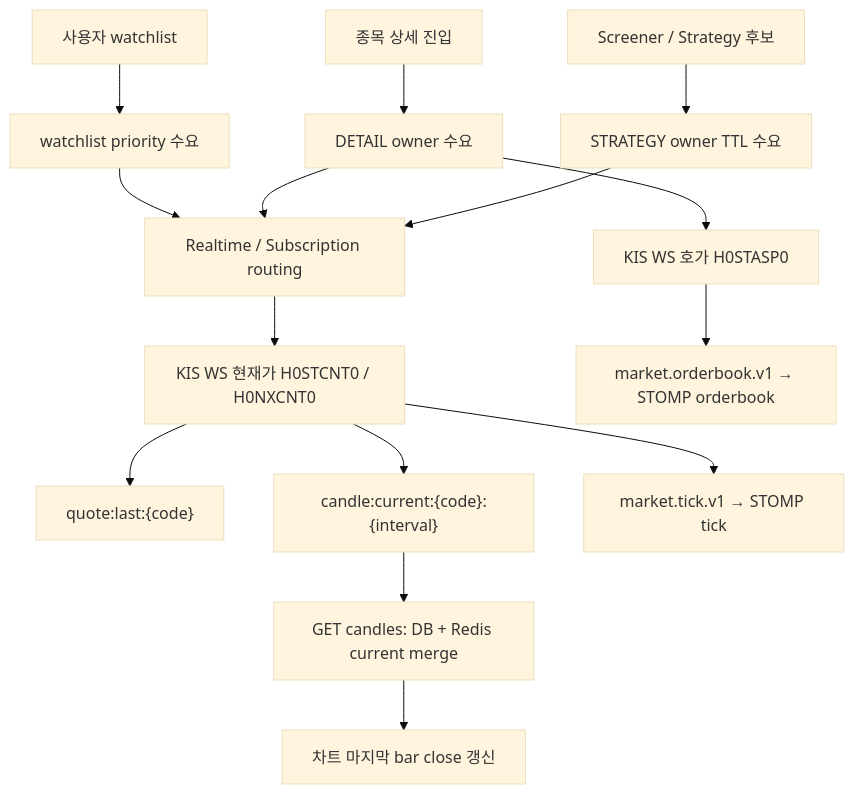
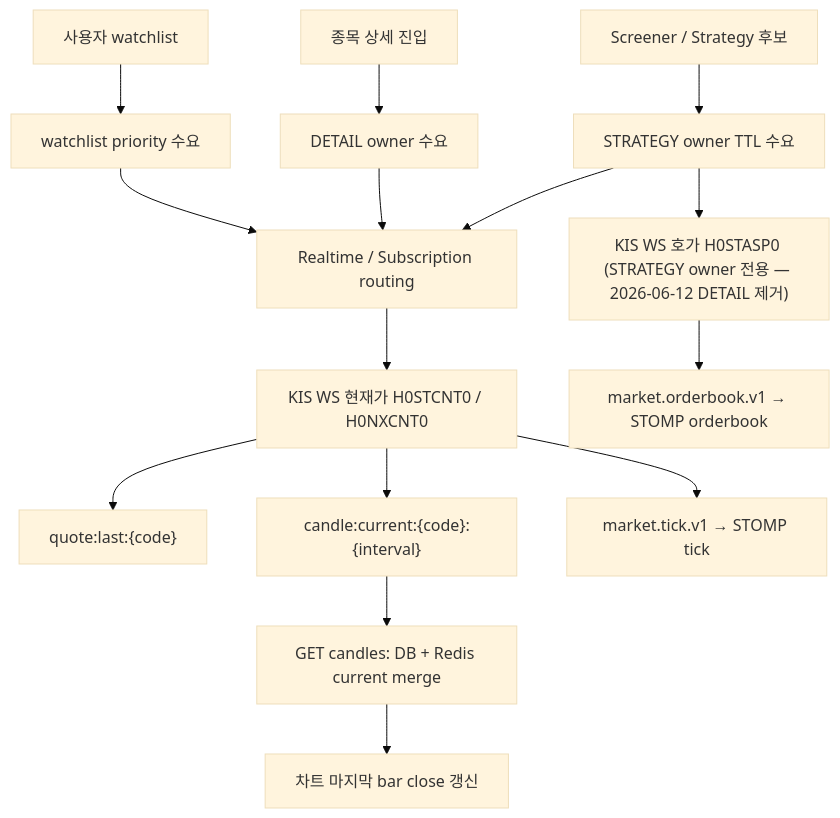
The second of 4 diagrams in docs/architecture/candle-data-policy-v2.md (sp-daewoon/magicJar), drawn with Mermaid (base theme) before and after one commit. The commit also changed other lines of this file and 9 other files, not shown here.

````diff
--- a/docs/architecture/candle-data-policy-v2.md
+++ b/docs/architecture/candle-data-policy-v2.md
@@ -176,21 +177,21 @@
 ```mermaid
 flowchart TD
     A["사용자 watchlist"] --> B["watchlist priority 수요"]
     D["종목 상세 진입"] --> E["DETAIL owner 수요"]
     S["Screener / Strategy 후보"] --> F["STRATEGY owner TTL 수요"]
 
     B --> R["Realtime / Subscription routing"]
     E --> R
     F --> R
 
     R --> K["KIS WS 현재가 H0STCNT0 / H0NXCNT0"]
-    E --> O["KIS WS 호가 H0STASP0"]
+    F --> O["KIS WS 호가 H0STASP0 (STRATEGY owner 전용 — 2026-06-12 DETAIL 제거)"]
 
     K --> Q["quote:last:{code}"]
     K --> C["candle:current:{code}:{interval}"]
     K --> T["market.tick.v1 → STOMP tick"]
 
     C --> API["GET candles: DB + Redis current merge"]
     API --> UI["차트 마지막 bar close 갱신"]
     O --> OB["market.orderbook.v1 → STOMP orderbook"]
 ```
````
